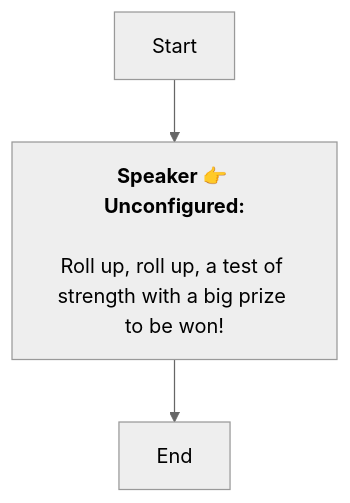
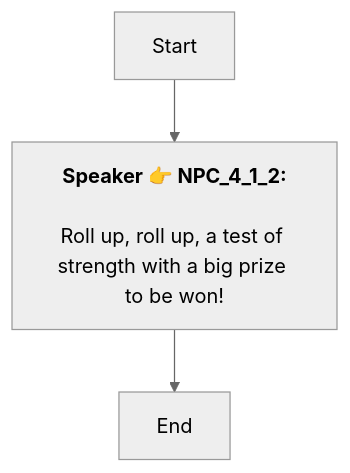
The diagram in En/Dialog_55056181217537.md (SoftHu/tos_avg), drawn with Mermaid (neutral theme) before and after one commit. The commit also changed 737 other files, not shown here.

````diff
--- a/En/Dialog_55056181217537.md
+++ b/En/Dialog_55056181217537.md
@@ -1,8 +1,7 @@
 ```mermaid
 graph
-Start -->1761797856220785[<b>Speaker 👉 Unconfigured:</b>
-
-Roll up, roll up, a test of strength with a big prize to be won!]
+Start -->1761797856220785[<b>Speaker 👉 NPC_4_1_2:</b>
+\nRoll up, roll up, a test of strength with a big prize to be won!]
 1761797856220785 -->1761797856220786[End]
 
- ```
+```
````
